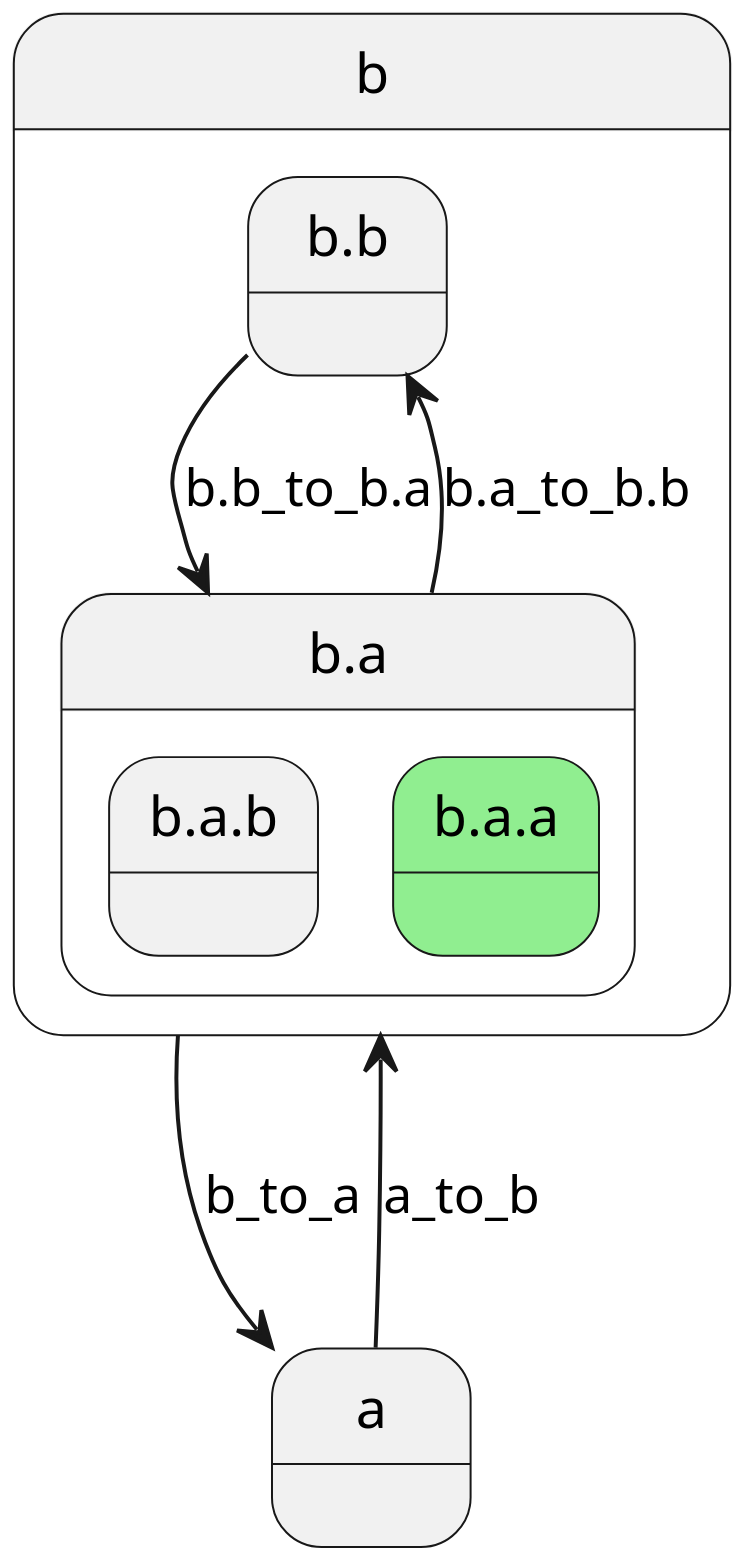
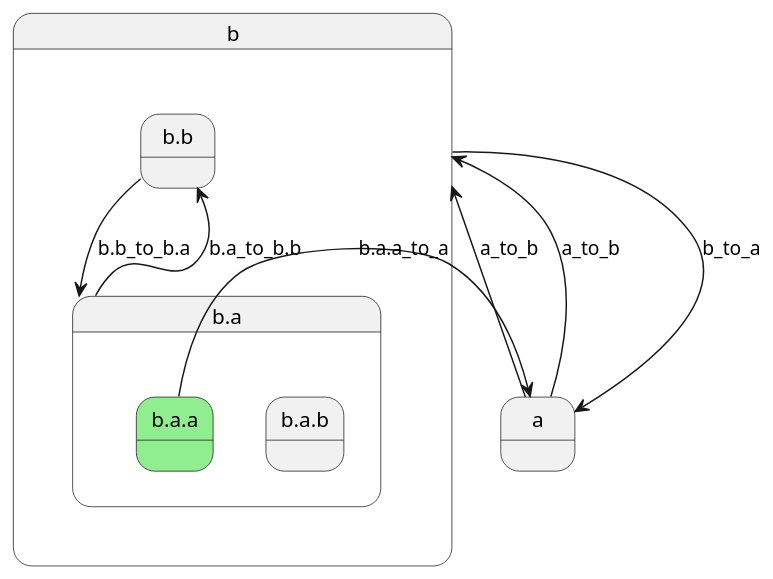
One commit to tekkies/hsm-java-plantuml changed the diagram in test-output/superstate.plantuml. Above: the diagram before and after it, drawn with PlantUML. The commit also changed 1 other file, not shown here.

```diff
--- a/test-output/superstate.plantuml
+++ b/test-output/superstate.plantuml
@@ -1,20 +1,22 @@
 @startuml
 scale 600 width
 state "b" as b  {
     state "b.b" as b.b  {
     }
     state "b.a" as b.a  {
         state "b.a.b" as b.a.b  {
         }
         state "b.a.a" as b.a.a #LightGreen {
         }
     }
 }
 state "a" as a  {
 }
 b.b --> b.a : b.b_to_b.a
+b.a.a --> a : b.a.a_to_a
 b.a --> b.b : b.a_to_b.b
 b --> a : b_to_a
 a --> b : a_to_b
+a --> b : a_to_b
  
 @enduml
```
